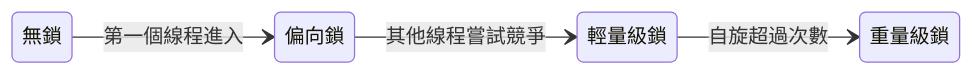
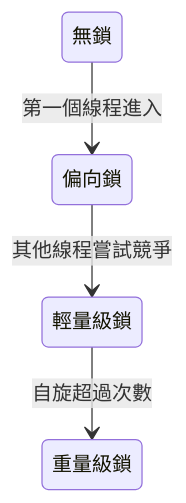
The second of 2 diagrams in docs/java/concurrency/synchronized.md (AnthonyFuFu/StudyNotes), drawn with Mermaid before and after one commit. The commit also changed 43 other files, not shown here.

````diff
--- a/docs/java/concurrency/synchronized.md
+++ b/docs/java/concurrency/synchronized.md
@@ -96,11 +96,10 @@
 ``` mermaid
 stateDiagram-v2
-    direction LR
     NoLock: 無鎖
     Biased: 偏向鎖
     Light: 輕量級鎖
     Heavy: 重量級鎖
     NoLock --> Biased: 第一個線程進入
     Biased --> Light: 其他線程嘗試競爭
     Light --> Heavy: 自旋超過次數
 ```
````
